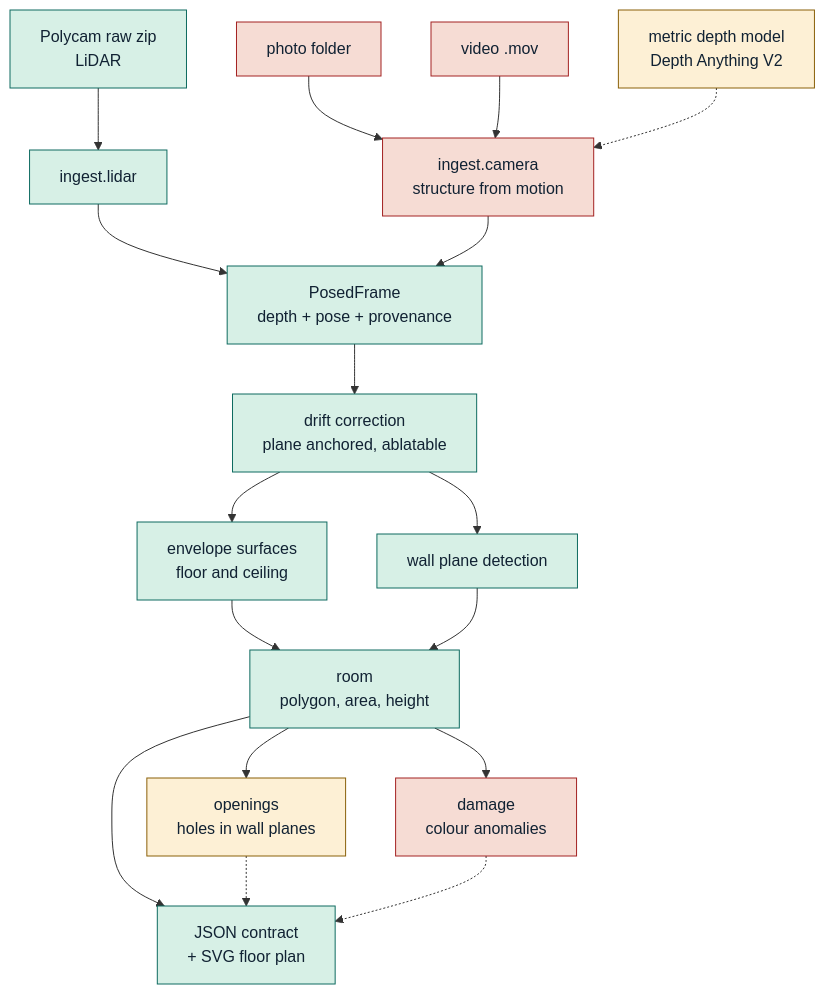
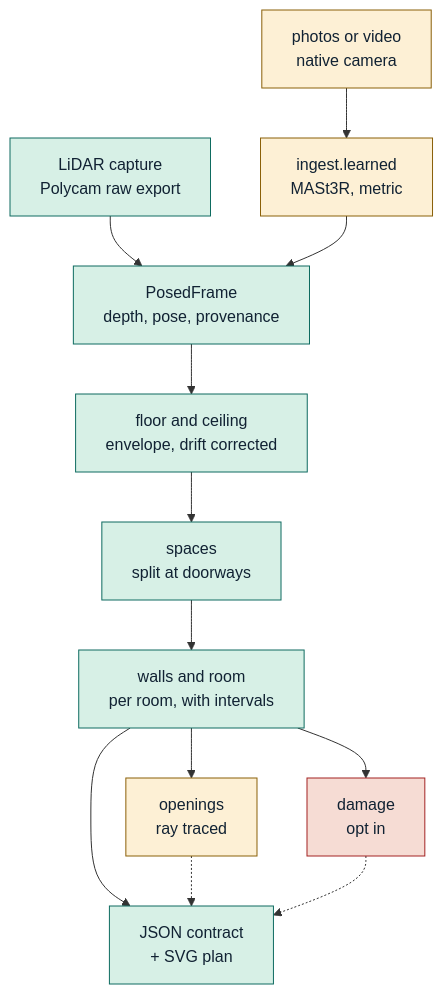
The diagram in docs/technical-report.md (Advaith789/cozmo-capture), drawn with Mermaid before and after one commit. The commit also changed other lines of this file and 14 other files, not shown here.

First line of the commit message:
pool ceiling ground truth; simplify architecture chart; doc audit

````diff
--- a/docs/technical-report.md
+++ b/docs/technical-report.md
@@ -20,25 +20,20 @@
 ```mermaid
 flowchart TD
-    A["Polycam raw zip<br/>LiDAR"] --> D["ingest.lidar"]
-    B["photo folder"] --> E["ingest.camera<br/>structure from motion"]
-    C["video .mov"] --> E
-    M["metric depth model<br/>Depth Anything V2"] -.-> E
-    D --> G["PosedFrame<br/>depth + pose + provenance"]
-    E --> G
-    G --> H["drift correction<br/>plane anchored, ablatable"]
-    H --> I["envelope surfaces<br/>floor and ceiling"]
-    H --> J["wall plane detection"]
-    I --> K["room<br/>polygon, area, height"]
-    J --> K
-    K --> N["openings<br/>holes in wall planes"]
-    K --> P["damage<br/>colour anomalies"]
-    K --> O["JSON contract<br/>+ SVG floor plan"]
+    A["LiDAR capture<br/>Polycam raw export"] --> F["PosedFrame<br/>depth, pose, provenance"]
+    B["photos or video<br/>native camera"] --> C["ingest.learned<br/>MASt3R, metric"]
+    C --> F
+    F --> S["floor and ceiling<br/>envelope, drift corrected"]
+    S --> Z["spaces<br/>split at doorways"]
+    Z --> R["walls and room<br/>per room, with intervals"]
+    R --> O["JSON contract<br/>+ SVG plan"]
+    R --> N["openings<br/>ray traced"]
+    R --> D["damage<br/>opt in"]
     N -.-> O
-    P -.-> O
+    D -.-> O
     classDef ok fill:#d7f0e6,stroke:#0e6b60,color:#123
     classDef warn fill:#fdf0d5,stroke:#8a6009,color:#123
     classDef bad fill:#f6dcd4,stroke:#a32222,color:#123
-    class A,D,G,H,I,J,K,O ok
-    class M,N warn
-    class B,C,E,P bad
+    class A,F,S,Z,R,O ok
+    class B,C,N warn
+    class D bad
 ```
````
